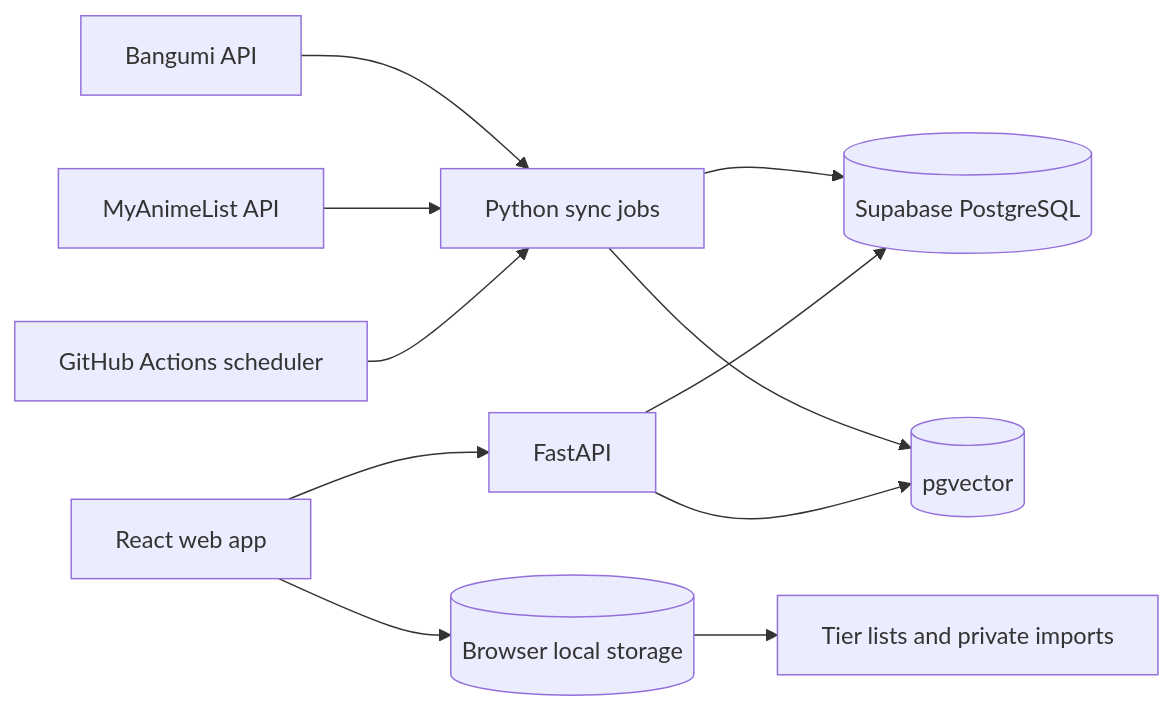
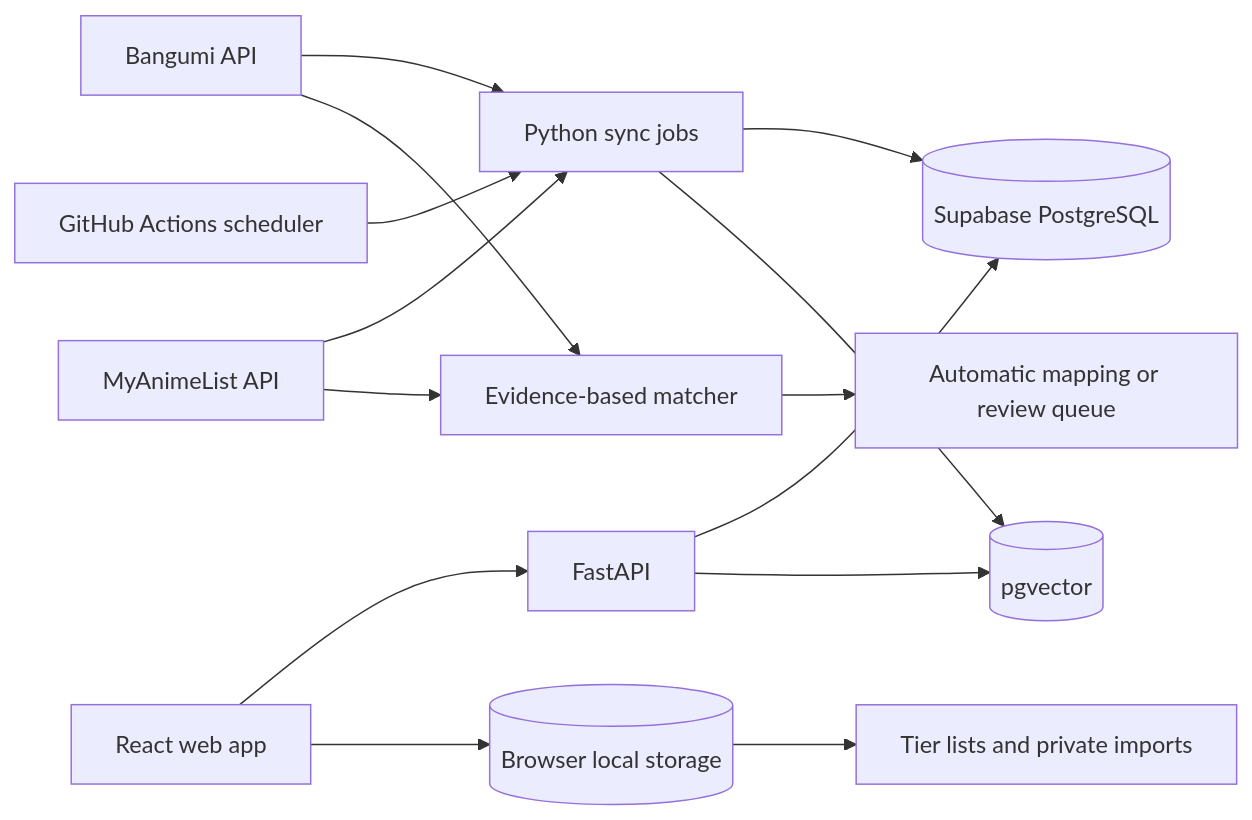
The diagram in docs/architecture.md (XifanZz/anime-oscilloscope), drawn with Mermaid before and after one commit. The commit also changed other lines of this file and 23 other files, not shown here.

````diff
--- a/docs/architecture.md
+++ b/docs/architecture.md
@@ -5,13 +5,16 @@
 ```mermaid
 flowchart LR
   B[Bangumi API] --> J[Python sync jobs]
   M[MyAnimeList API] --> J
+  B --> X[Evidence-based matcher]
+  M --> X
+  X --> R[Automatic mapping or review queue]
   J --> Q[(Supabase PostgreSQL)]
   J --> V[(pgvector)]
   G[GitHub Actions scheduler] --> J
   W[React web app] --> A[FastAPI]
   A --> Q
   A --> V
   W --> L[(Browser local storage)]
   L --> T[Tier lists and private imports]
 ```
````
